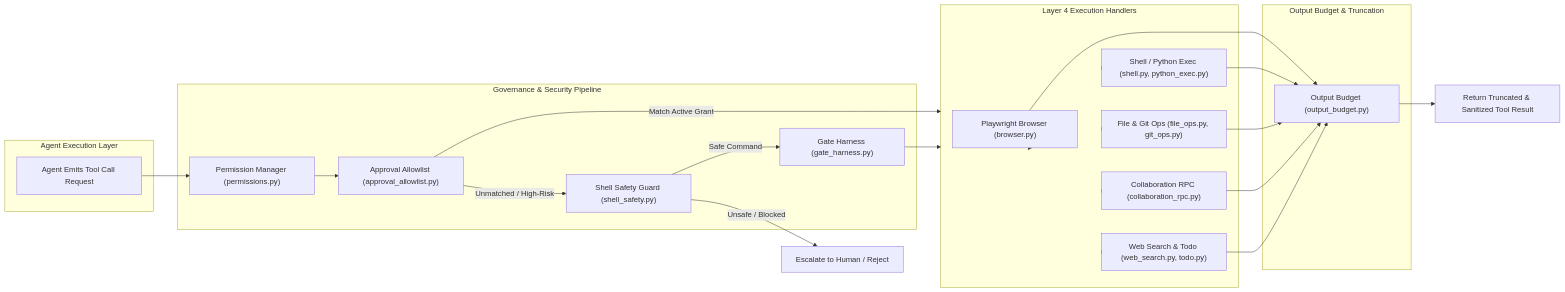
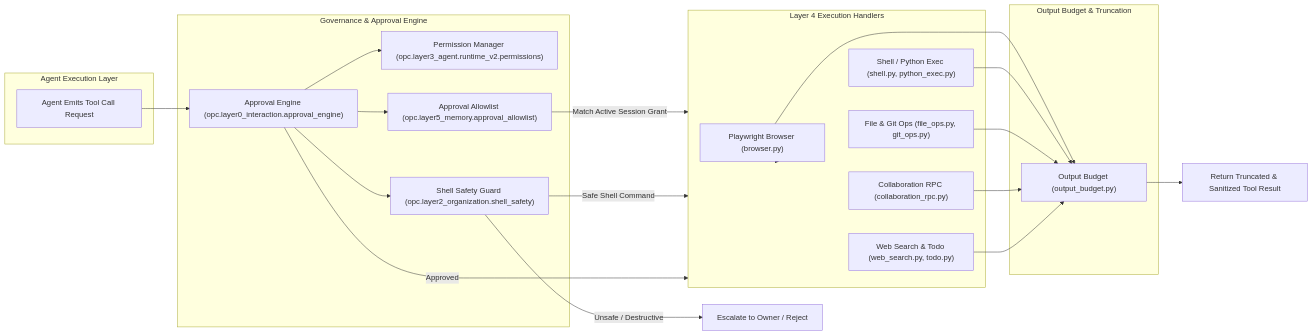
The seventh of 10 diagrams in docs/architecture.md (HKUDS/OpenOPC), drawn with Mermaid before and after one commit. The commit also changed other lines of this file and 1 other file, not shown here.

Commit message:
docs: align architecture diagrams with exact Phase enum, ApprovalEngine governance, and SQLite schema tables

````diff
--- a/docs/architecture.md
+++ b/docs/architecture.md
@@ -393,47 +388,49 @@
 ```mermaid
 flowchart LR
     subgraph ToolCallEmitter ["Agent Execution Layer"]
         AgentCall["Agent Emits Tool Call Request"]
     end
 
-    subgraph SafetyGovernance ["Governance & Security Pipeline"]
-        PermMgr["Permission Manager (permissions.py)"]
-        Allowlist["Approval Allowlist (approval_allowlist.py)"]
-        ShellCheck["Shell Safety Guard (shell_safety.py)"]
-        GateHarness["Gate Harness (gate_harness.py)"]
+    subgraph GovernanceEngine ["Governance & Approval Engine"]
+        ApprovalEngine["Approval Engine (opc.layer0_interaction.approval_engine)"]
+        PermMgr["Permission Manager (opc.layer3_agent.runtime_v2.permissions)"]
+        Allowlist["Approval Allowlist (opc.layer5_memory.approval_allowlist)"]
+        ShellSafety["Shell Safety Guard (opc.layer2_organization.shell_safety)"]
     end
 
     subgraph ToolHandlers ["Layer 4 Execution Handlers"]
         Browser["Playwright Browser (browser.py)"]
         ShellExec["Shell / Python Exec (shell.py, python_exec.py)"]
         FileOps["File & Git Ops (file_ops.py, git_ops.py)"]
         CollabRPC["Collaboration RPC (collaboration_rpc.py)"]
         SearchTodo["Web Search & Todo (web_search.py, todo.py)"]
     end
 
     subgraph Sanitization ["Output Budget & Truncation"]
         OutputBudget["Output Budget (output_budget.py)"]
     end
 
-    AgentCall --> PermMgr
-    PermMgr --> Allowlist
-    Allowlist -->|Match Active Grant| ToolHandlers
-    Allowlist -->|Unmatched / High-Risk| ShellCheck
-    ShellCheck -->|Safe Command| GateHarness
-    ShellCheck -->|Unsafe / Blocked| Escalation["Escalate to Human / Reject"]
-    GateHarness --> ToolHandlers
+    AgentCall --> ApprovalEngine
+    ApprovalEngine --> PermMgr
+    ApprovalEngine --> Allowlist
+    ApprovalEngine --> ShellSafety
+    
+    Allowlist -->|Match Active Session Grant| ToolHandlers
+    ShellSafety -->|Safe Shell Command| ToolHandlers
+    ShellSafety -->|Unsafe / Destructive| Escalation["Escalate to Owner / Reject"]
+    ApprovalEngine -->|Approved| ToolHandlers
 
     ToolHandlers --> Browser
     ToolHandlers --> ShellExec
     ToolHandlers --> FileOps
     ToolHandlers --> CollabRPC
     ToolHandlers --> SearchTodo
 
     Browser --> OutputBudget
     ShellExec --> OutputBudget
     FileOps --> OutputBudget
     CollabRPC --> OutputBudget
     SearchTodo --> OutputBudget
 
     OutputBudget --> Result["Return Truncated & Sanitized Tool Result"]
 ```
````
